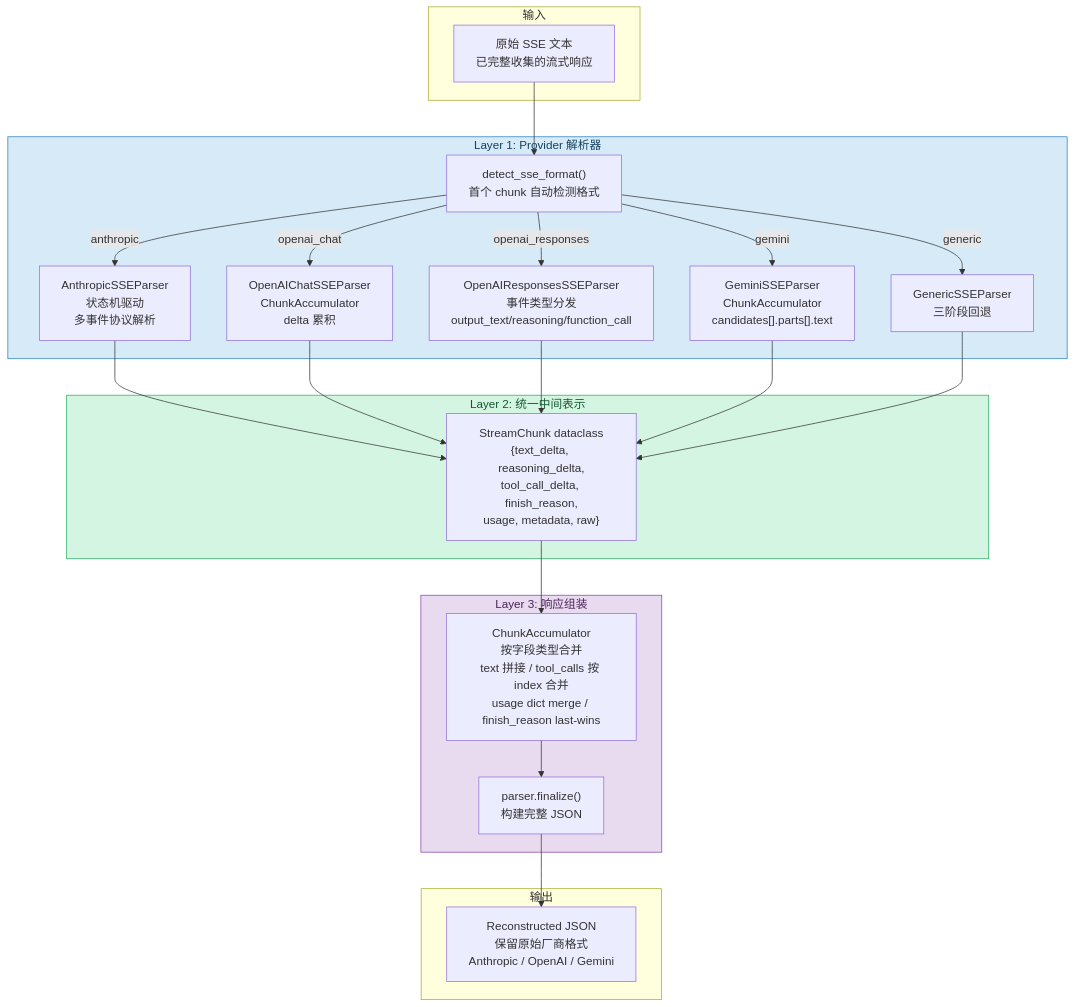
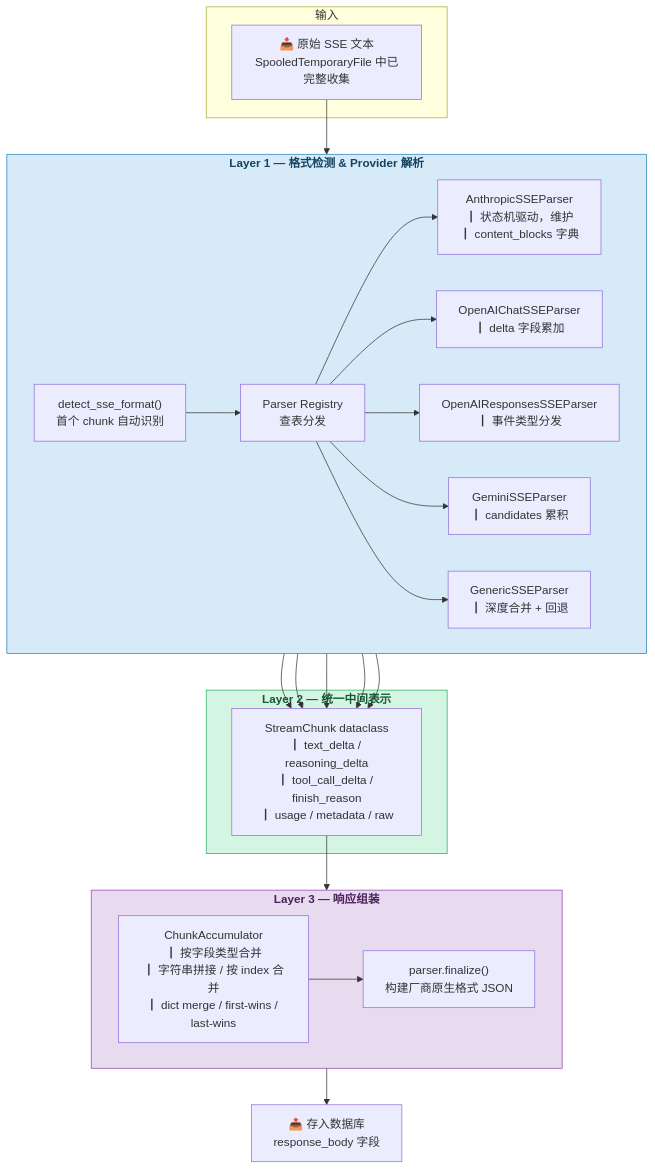
One commit to HaoCheng-Wang/llm-proxy changed the eighth of 17 diagrams in README.md. Above: the diagram before and after it, drawn with Mermaid. The commit also changed other lines of this file, not shown here.

````diff
--- a/README.md
+++ b/README.md
@@ -324,42 +326,37 @@
 ```mermaid
 flowchart TD
     subgraph 输入
-        A[原始 SSE 文本<br/>已完整收集的流式响应]
-    end
-
-    subgraph Layer1["Layer 1: Provider 解析器"]
-        B["detect_sse_format()<br/>首个 chunk 自动检测格式"]
-        C["AnthropicSSEParser<br/>状态机驱动<br/>多事件协议解析"]
-        D["OpenAIChatSSEParser<br/>ChunkAccumulator<br/>delta 累积"]
-        E["OpenAIResponsesSSEParser<br/>事件类型分发<br/>output_text/reasoning/function_call"]
-        F["GeminiSSEParser<br/>ChunkAccumulator<br/>candidates[].parts[].text"]
-        G["GenericSSEParser<br/>三阶段回退"]
-    end
-
-    subgraph Layer2["Layer 2: 统一中间表示"]
-        H["StreamChunk dataclass<br/>{text_delta, reasoning_delta,<br/>tool_call_delta, finish_reason,<br/>usage, metadata, raw}"]
-    end
-
-    subgraph Layer3["Layer 3: 响应组装"]
-        I["ChunkAccumulator<br/>按字段类型合并<br/>text 拼接 / tool_calls 按 index 合并<br/>usage dict merge / finish_reason last-wins"]
-        J["parser.finalize()<br/>构建完整 JSON"]
-    end
-
-    subgraph 输出
-        K["Reconstructed JSON<br/>保留原始厂商格式<br/>Anthropic / OpenAI / Gemini"]
+        A["📥 原始 SSE 文本<br/>SpooledTemporaryFile 中已完整收集"]
     end
 
     A --> B
-    B -->|"anthropic"| C
-    B -->|"openai_chat"| D
-    B -->|"openai_responses"| E
-    B -->|"gemini"| F
-    B -->|"generic"| G
-    C & D & E & F & G --> H
-    H --> I --> J
-    J --> K
+
+    subgraph Layer1["<b>Layer 1 — 格式检测 &amp; Provider 解析</b>"]
+        direction LR
+        B["detect_sse_format()<br/>首个 chunk 自动识别"] --> C["Parser Registry<br/>查表分发"]
+        C --> D1["AnthropicSSEParser<br/>┃ 状态机驱动，维护<br/>┃ content_blocks 字典"]
+        C --> D2["OpenAIChatSSEParser<br/>┃ delta 字段累加"]
+        C --> D3["OpenAIResponsesSSEParser<br/>┃ 事件类型分发"]
+        C --> D4["GeminiSSEParser<br/>┃ candidates 累积"]
+        C --> D5["GenericSSEParser<br/>┃ 深度合并 + 回退"]
+    end
+
+    D1 & D2 & D3 & D4 & D5 --> E
+
+    subgraph Layer2["<b>Layer 2 — 统一中间表示</b>"]
+        E["StreamChunk dataclass<br/>┃ text_delta / reasoning_delta<br/>┃ tool_call_delta / finish_reason<br/>┃ usage / metadata / raw"]
+    end
+
+    E --> F
+
+    subgraph Layer3["<b>Layer 3 — 响应组装</b>"]
+        direction LR
+        F["ChunkAccumulator<br/>┃ 按字段类型合并<br/>┃ 字符串拼接 / 按 index 合并<br/>┃ dict merge / first-wins / last-wins"] --> G["parser.finalize()<br/>构建厂商原生格式 JSON"]
+    end
+
+    G --> H["📤 存入数据库<br/>response_body 字段"]
 
     style Layer1 fill:#d6eaf8,stroke:#2980b9,color:#154360
     style Layer2 fill:#d5f5e3,stroke:#27ae60,color:#145a32
     style Layer3 fill:#e8daef,stroke:#8e44ad,color:#4a235a
 ```
````
